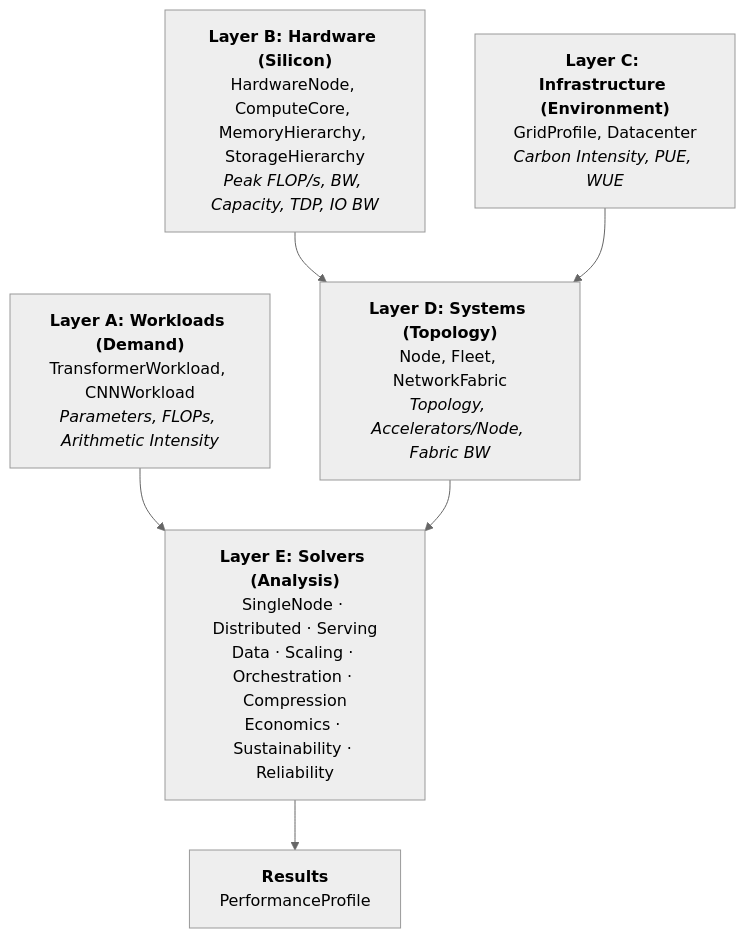
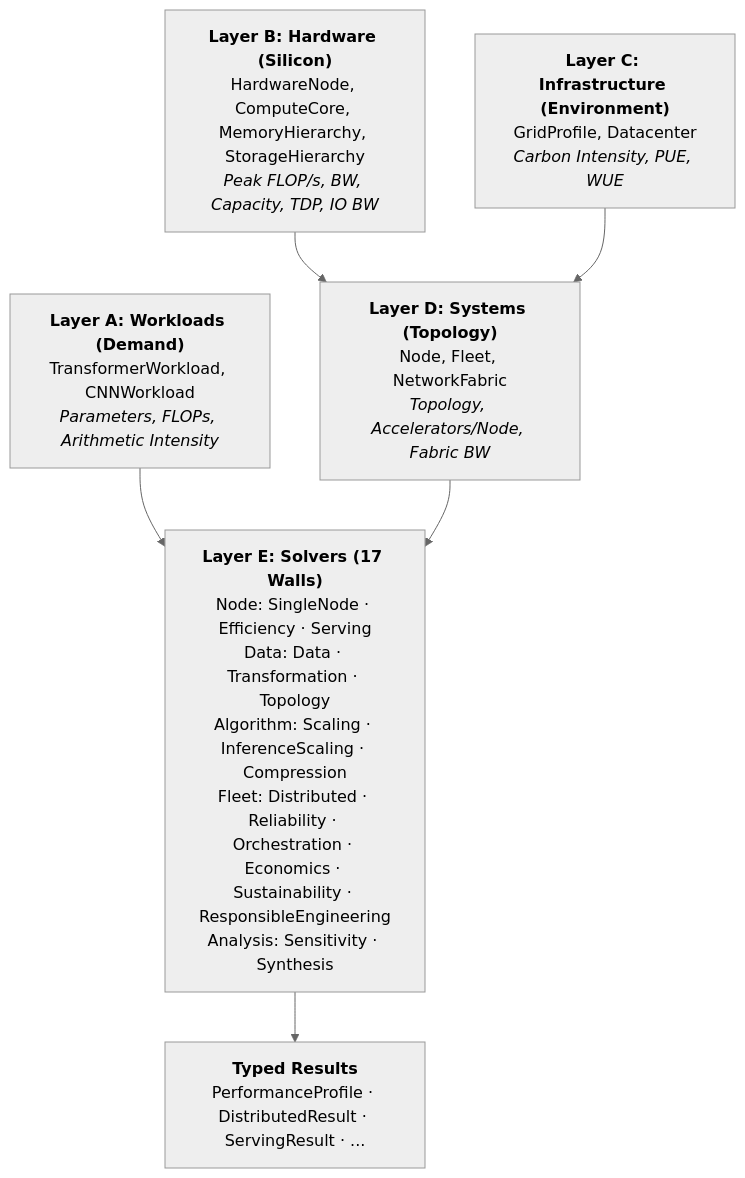
One commit to harvard-edge/cs249r_book changed the diagram in mlsysim/docs/architecture.qmd. Above: the diagram before and after it, drawn with Mermaid. The commit also changed other lines of this file and 1 other file, not shown here.

First line of the commit message:
docs(mlsysim): update documentation for wall taxonomy and all 17 solvers

````diff
--- a/mlsysim/docs/architecture.qmd
+++ b/mlsysim/docs/architecture.qmd
@@ -11,18 +11,18 @@
 ```{mermaid}
 %%{init: {'theme': 'neutral'}}%%
 %%| fig-cap: "The MLSYSIM 5-Layer Stack. Workloads (demand) are lowered onto Hardware (supply) through Infrastructure and Systems layers. Solvers bridge demand and supply to produce analytical profiles."
 %%| fig-width: 100%
 flowchart TB
     A["<b>Layer A: Workloads (Demand)</b><br/>TransformerWorkload, CNNWorkload<br/><i>Parameters, FLOPs, Arithmetic Intensity</i>"]
     B["<b>Layer B: Hardware (Silicon)</b><br/>HardwareNode, ComputeCore, MemoryHierarchy, StorageHierarchy<br/><i>Peak FLOP/s, BW, Capacity, TDP, IO BW</i>"]
     C["<b>Layer C: Infrastructure (Environment)</b><br/>GridProfile, Datacenter<br/><i>Carbon Intensity, PUE, WUE</i>"]
     D["<b>Layer D: Systems (Topology)</b><br/>Node, Fleet, NetworkFabric<br/><i>Topology, Accelerators/Node, Fabric BW</i>"]
-    E["<b>Layer E: Solvers (Analysis)</b><br/>SingleNode · Distributed · Serving<br/>Data · Scaling · Orchestration · Compression<br/>Economics · Sustainability · Reliability"]
-    F["<b>Results</b><br/>PerformanceProfile"]
+    E["<b>Layer E: Solvers (17 Walls)</b><br/>Node: SingleNode · Efficiency · Serving<br/>Data: Data · Transformation · Topology<br/>Algorithm: Scaling · InferenceScaling · Compression<br/>Fleet: Distributed · Reliability · Orchestration · Economics · Sustainability · ResponsibleEngineering<br/>Analysis: Sensitivity · Synthesis"]
+    F["<b>Typed Results</b><br/>PerformanceProfile · DistributedResult · ServingResult · ..."]
 
     A --> E
     B --> D
     C --> D
     D --> E
     E --> F
 ```
````
